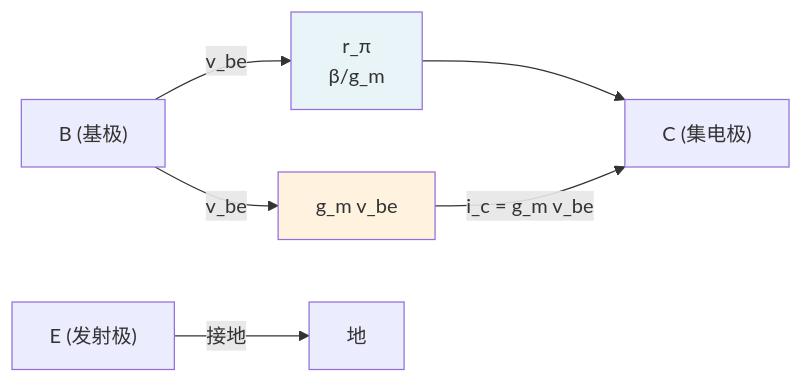
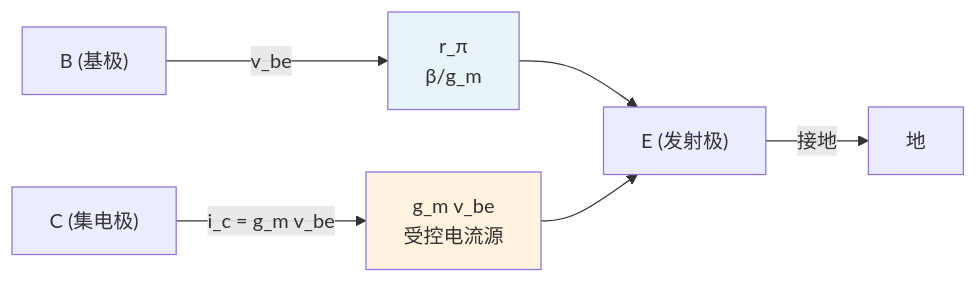
The second of 4 diagrams in circuitry/Small Signal Analysis.md (JerryPhoenixCKY/circuit_notes), drawn with Mermaid before and after one commit. The commit also changed other lines of this file and 36 other files, not shown here.

````diff
--- a/circuitry/Small Signal Analysis.md
+++ b/circuitry/Small Signal Analysis.md
@@ -161,10 +161,10 @@
 ```mermaid
 graph LR
     B["B (基极)"] -->|"v_be"| rpi["r_π<br/>β/g_m"]
-    B -->|"v_be"| gm["g_m v_be"]
-    rpi --> C["C (集电极)"]
-    gm -->|"i_c = g_m v_be"| C
-    E["E (发射极)"] -->|"接地"| GND["地"]
+    rpi --> E["E (发射极)"]
+    C["C (集电极)"] -->|"i_c = g_m v_be"| gm["g_m v_be<br/>受控电流源"]
+    gm --> E
+    E -->|"接地"| GND["地"]
     style gm fill:#fff3e0
     style rpi fill:#e8f4f8
 ```
````
